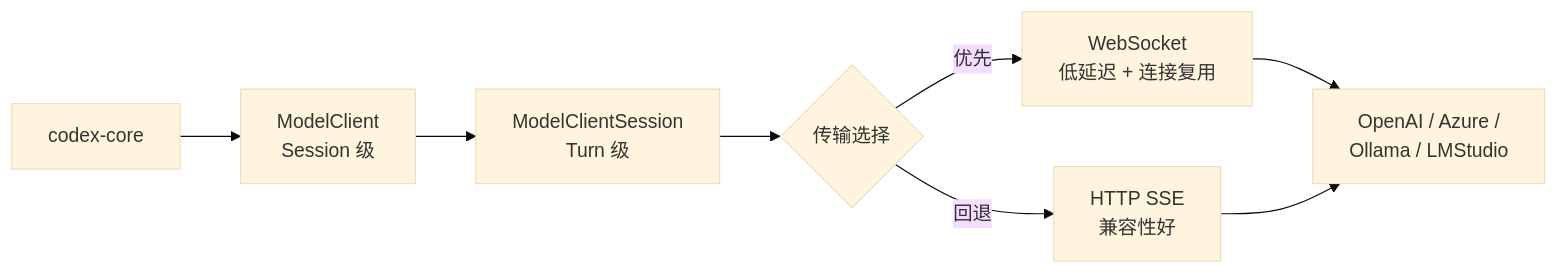
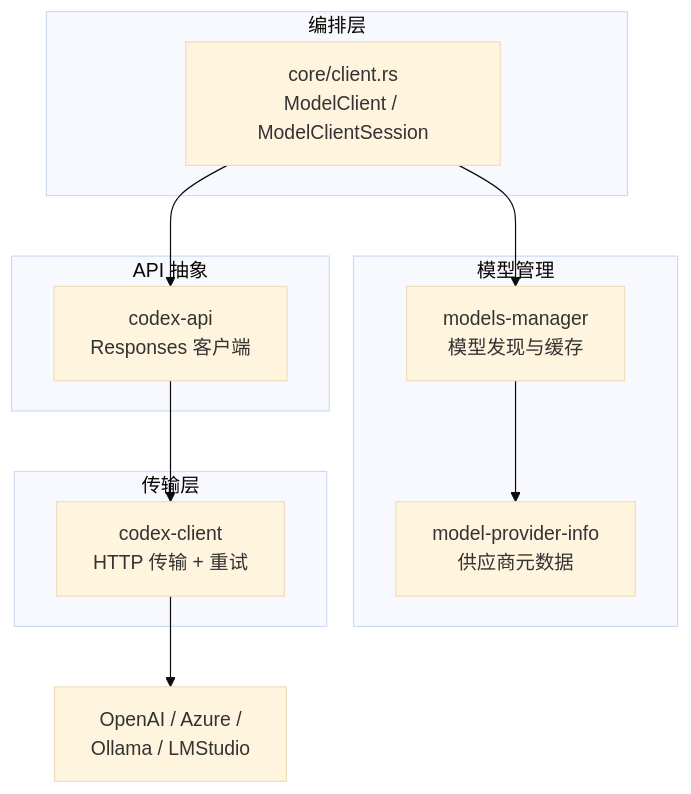
The diagram in wiki/08-api-model-interaction.md (yibn2008/learn-codex), drawn with Mermaid (base theme) before and after one commit. The commit also changed other lines of this file and 8 other files, not shown here.

````diff
--- a/wiki/08-api-model-interaction.md
+++ b/wiki/08-api-model-interaction.md
@@ -24,10 +9,25 @@
 ```mermaid
-graph LR
-    CORE[codex-core] --> MC[ModelClient<br/>Session 级]
-    MC --> MCS[ModelClientSession<br/>Turn 级]
-    MCS --> WS{传输选择}
-    WS -->|优先| WSC[WebSocket<br/>低延迟 + 连接复用]
-    WS -->|回退| SSE[HTTP SSE<br/>兼容性好]
-    WSC --> API[OpenAI / Azure /<br/>Ollama / LMStudio]
-    SSE --> API
+graph TD
+    subgraph 编排层
+        CLIENT[core/client.rs<br/>ModelClient / ModelClientSession]
+    end
+
+    subgraph 模型管理
+        MM[models-manager<br/>模型发现与缓存]
+        MPI[model-provider-info<br/>供应商元数据]
+    end
+
+    subgraph API 抽象
+        API[codex-api<br/>Responses 客户端]
+    end
+
+    subgraph 传输层
+        HC[codex-client<br/>HTTP 传输 + 重试]
+    end
+
+    CLIENT --> MM
+    CLIENT --> API
+    MM --> MPI
+    API --> HC
+    HC --> LLM[OpenAI / Azure /<br/>Ollama / LMStudio]
 ```
````
